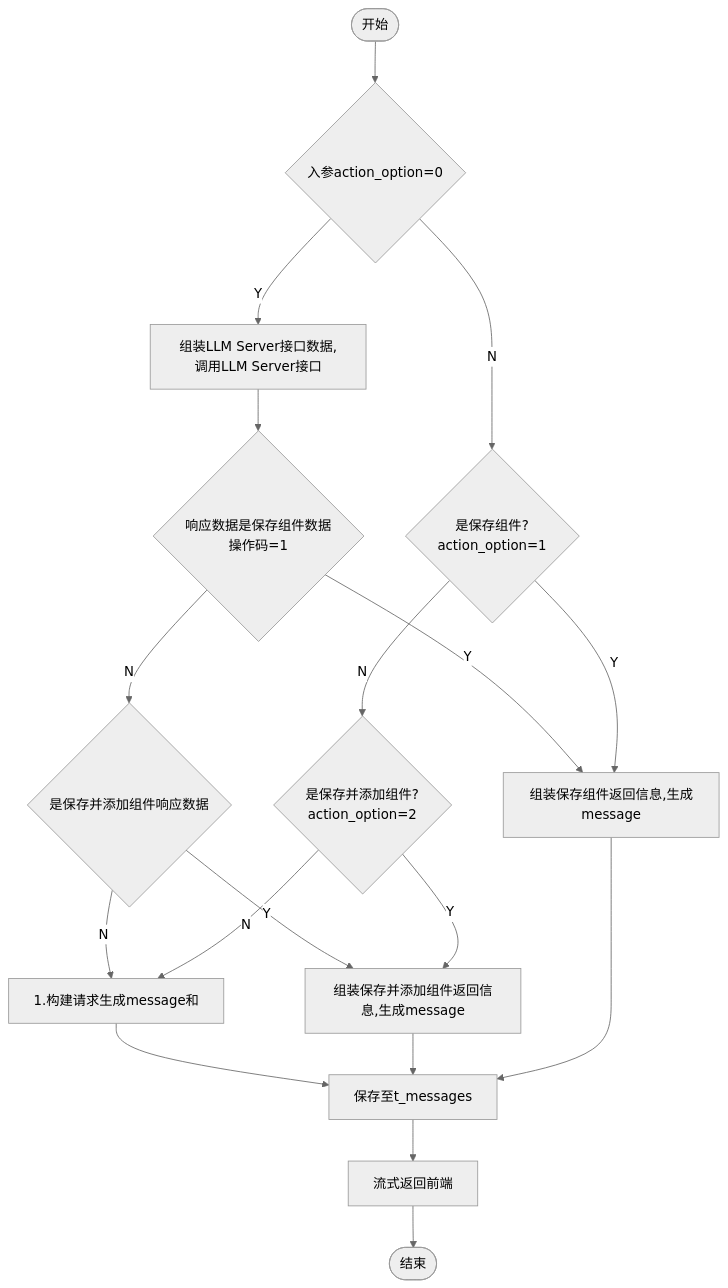
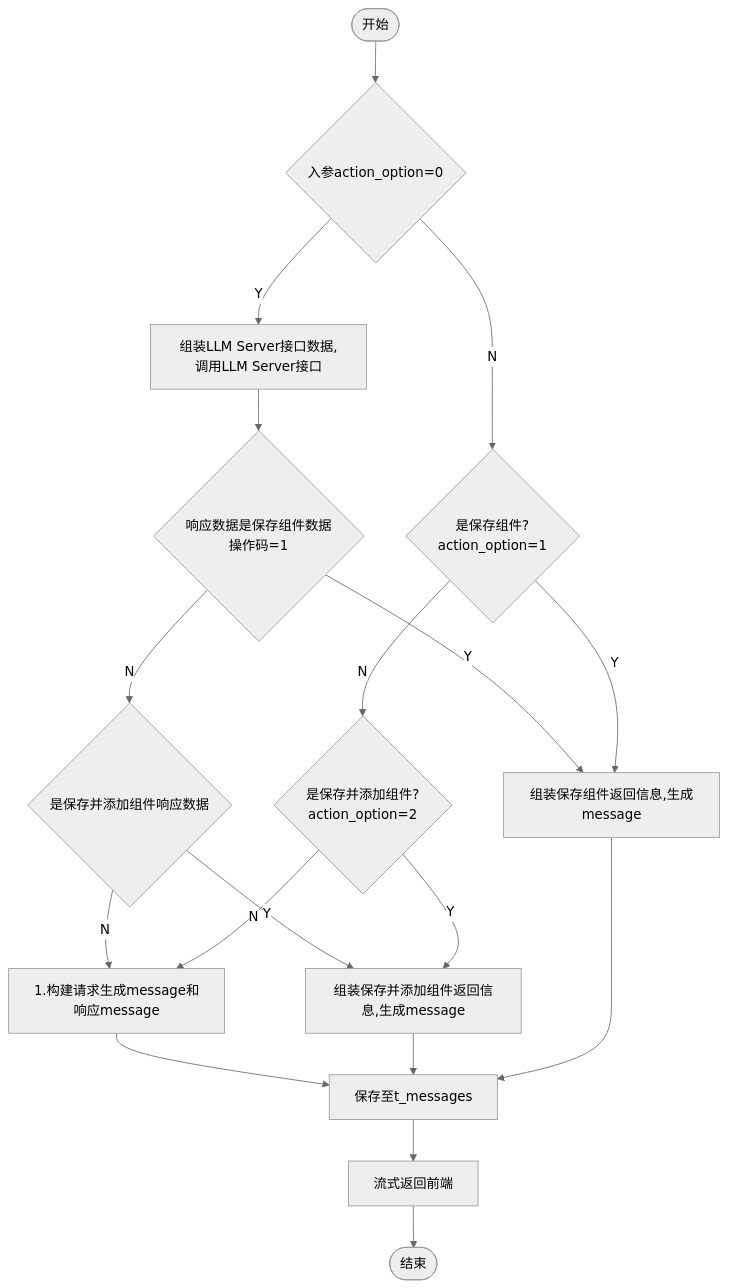
The diagram in all/添加保存组件.md (yingjianzh/iodraw-files), drawn with Mermaid (neutral theme) before and after one commit.

Commit message:
2024-10-15 15:28:50 update

````diff
--- a/all/添加保存组件.md
+++ b/all/添加保存组件.md
@@ -1,23 +1,23 @@
 ```mermaid
 flowchart TD
     A([开始]) --> B{入参action_option=0}
     B -- Y --> C[组装LLM Server接口数据,调用LLM Server接口]
     C --> E{响应数据是保存组件数据 \n 操作码=1}
     B -- N --> D{是保存组件? \n action_option=1}
     D -- N --> J{是保存并添加组件? \n action_option=2}
 
     E -- N --> L{是保存并添加组件响应数据}
     E -- Y --> F[组装保存组件返回信息,生成message]
     
-    L -- N --> R[1.构建请求生成message和]
+    L -- N --> R[1.构建请求生成message和响应message]
     R --> G
     L -- Y --> K
     D -- Y --> F
     
     J -- Y --> K[组装保存并添加组件返回信息,生成message]
     K --> G
     J -- N --> R
     F --> G[保存至t_messages]
     G --> H[流式返回前端]
     H --> I([结束])
 ```
````
